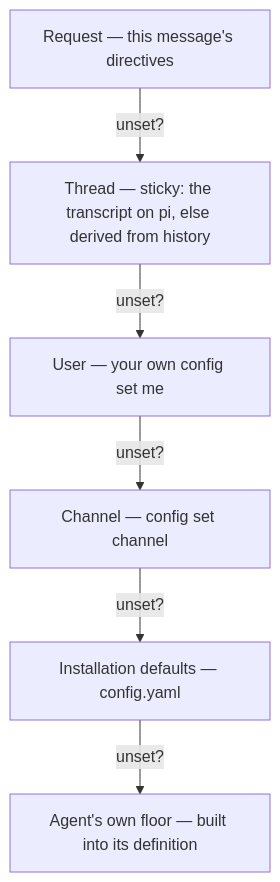
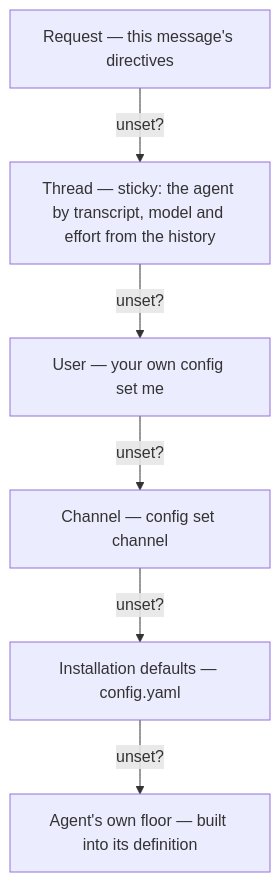
The diagram in docs/explanation/config-layers.md (coreplanelabs/switchboard), drawn with Mermaid before and after one commit. The commit also changed 136 other files, not shown here.

````diff
--- a/docs/explanation/config-layers.md
+++ b/docs/explanation/config-layers.md
@@ -5,9 +5,9 @@
 ```mermaid
 flowchart TB
     RQ["Request — this message's directives"] -->|"unset?"| TH
-    TH["Thread — sticky: the transcript on pi, else derived from history"] -->|"unset?"| US
+    TH["Thread — sticky: the agent by transcript, model and effort from the history"] -->|"unset?"| US
     US["User — your own config set me"] -->|"unset?"| CH
     CH["Channel — config set channel"] -->|"unset?"| DF
     DF["Installation defaults — config.yaml"] -->|"unset?"| AG
     AG["Agent's own floor — built into its definition"]
 ```
````
